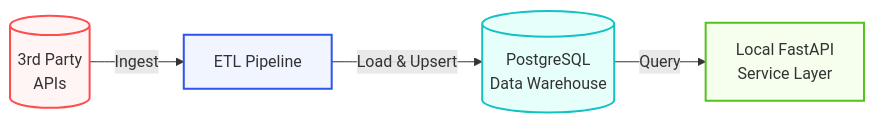
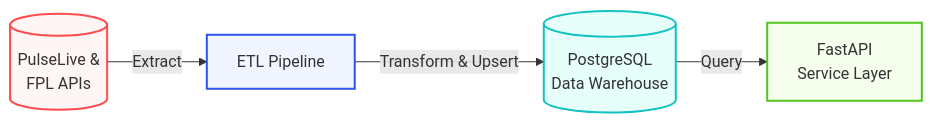
One commit to Abdullahifrh/pitchquery changed the diagram in README.md. Above: the diagram before and after it, drawn with Mermaid. The commit also changed other lines of this file, not shown here.

````diff
--- a/README.md
+++ b/README.md
@@ -14,19 +9,19 @@
 ```mermaid
 flowchart LR
     %% Defining Style Patterns
     classDef source fill:#fff5f5,stroke:#ff4d4d,stroke-width:2px,color:#333;
     classDef pipeline fill:#f0f5ff,stroke:#2f54eb,stroke-width:2px,color:#333;
     classDef storage fill:#e6fffb,stroke:#13c2c2,stroke-width:2px,color:#333;
     classDef api fill:#f6ffed,stroke:#52c41a,stroke-width:2px,color:#333;
 
     %% Nodes
-    A[(3rd Party<br/>APIs)]:::source
+    A[(PulseLive &<br/>FPL APIs)]:::source
     B[ETL Pipeline]:::pipeline
     C[(PostgreSQL<br/>Data Warehouse)]:::storage
-    D[Local FastAPI<br/>Service Layer]:::api
+    D[FastAPI<br/>Service Layer]:::api
 
     %% Connections
-    A -->|Ingest| B
-    B -->|Load & Upsert| C
+    A -->|Extract| B
+    B -->|Transform & Upsert| C
     C -->|Query| D
 ```
````
